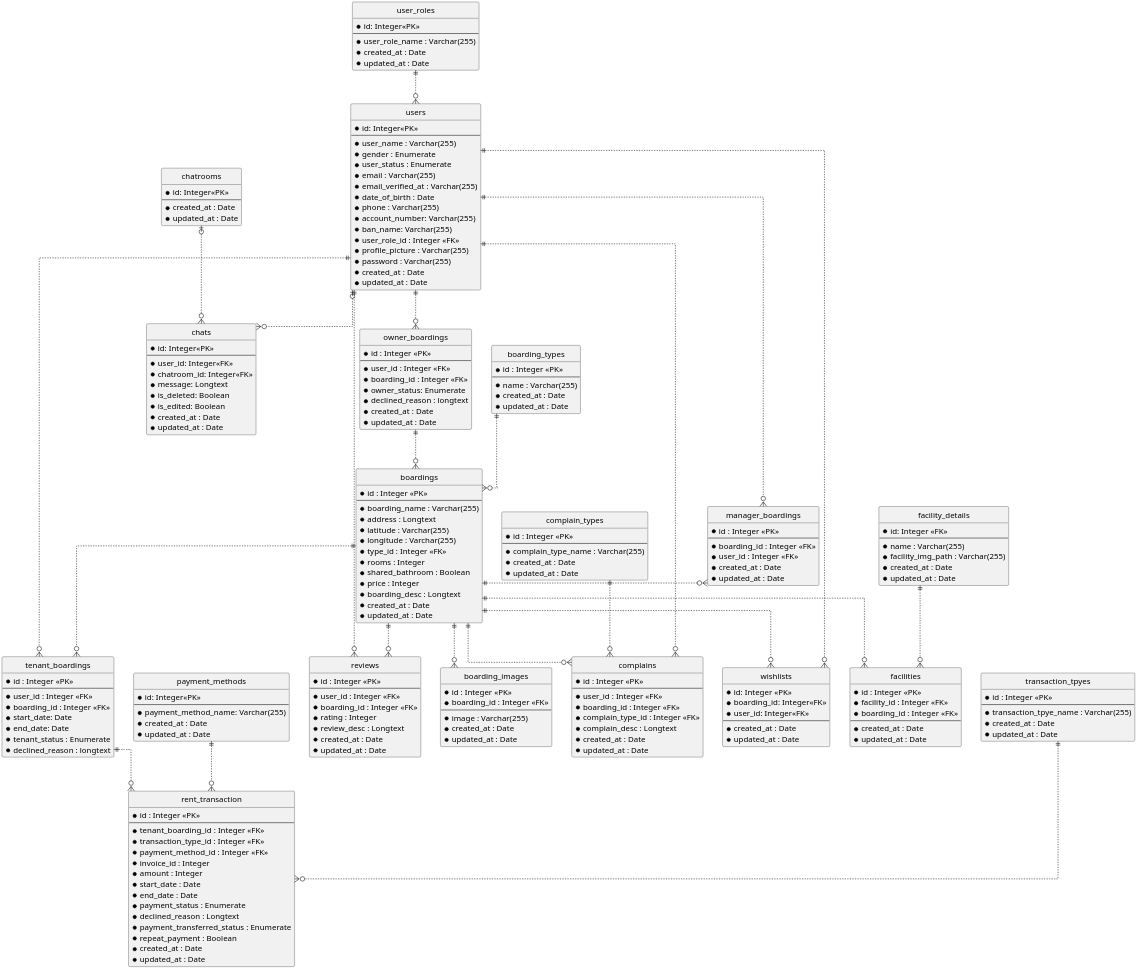
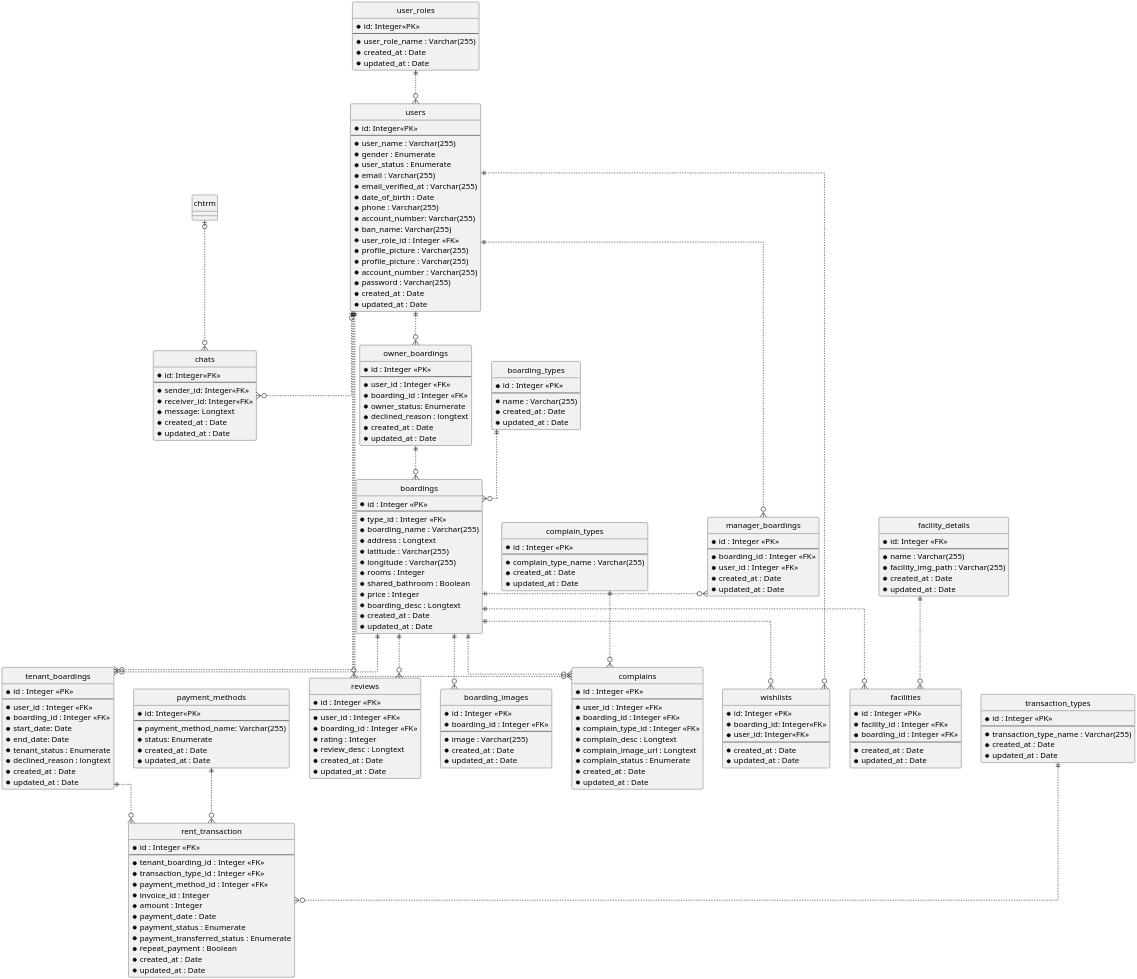
Before and after one commit to AntWort21/BHFMS: the diagram in Design/BHFMS_ERD.puml, drawn with PlantUML. The commit also changed 3 other files, not shown here.

Commit message:
Update ERD

```diff
--- a/Design/BHFMS_ERD.puml
+++ b/Design/BHFMS_ERD.puml
@@ -19,6 +19,8 @@
   *ban_name: Varchar(255)
   *user_role_id : Integer <<FK>>
   *profile_picture : Varchar(255)
+  *profile_picture : Varchar(255)
+  *account_number : Varchar(255)
   *password : Varchar(255)
   *created_at : Date
   *updated_at : Date
@@ -43,11 +45,11 @@
 entity "boardings" as bh {
   *id : Integer <<PK>>
   --
+  *type_id : Integer <<FK>>
   *boarding_name : Varchar(255)
   *address : Longtext
   *latitude : Varchar(255)
   *longitude : Varchar(255)
-  *type_id : Integer <<FK>>
   *rooms : Integer
   *shared_bathroom : Boolean
   *price : Integer
@@ -65,6 +67,8 @@
   *end_date: Date
   *tenant_status : Enumerate
   *declined_reason : longtext
+  *created_at : Date
+  *updated_at : Date
 }
 
 entity "facility_details" as fd {
@@ -103,10 +107,8 @@
   *payment_method_id : Integer <<FK>>
   *invoice_id : Integer
   *amount : Integer
-  *start_date : Date
-  *end_date : Date
+  *payment_date : Date
   *payment_status : Enumerate
-  *declined_reason : Longtext
   *payment_transferred_status : Enumerate
   *repeat_payment : Boolean
   *created_at : Date
@@ -160,6 +162,8 @@
   *boarding_id : Integer <<FK>>
   *complain_type_id : Integer <<FK>>
   *complain_desc : Longtext
+  *complain_image_url : Longtext
+  *complain_status : Enumerate
   *created_at : Date
   *updated_at : Date
 }
@@ -178,6 +182,7 @@
   *id: Integer<<PK>>
   --
   *payment_method_name: Varchar(255)
+  *status: Enumerate
   *created_at : Date
   *updated_at : Date
 }
@@ -185,26 +190,17 @@
 entity "chats" as cht {
   *id: Integer<<PK>>
   --
-  *user_id: Integer<<FK>>
-  *chatroom_id: Integer<<FK>>
+  *sender_id: Integer<<FK>>
+  *receiver_id: Integer<<FK>>
   *message: Longtext
-  *is_deleted: Boolean
-  *is_edited: Boolean
   *created_at : Date
   *updated_at : Date
 }
 
-entity "chatrooms" as chtrm {
-  *id: Integer<<PK>>
-  --
-  *created_at : Date
-  *updated_at : Date
-}
-
-entity "transaction_tpyes" as tt {
+entity "transaction_types" as tt {
   *id : Integer <<PK>>
   --
-  *transaction_tpye_name : Varchar(255)
+  *transaction_type_name : Varchar(255)
   *created_at : Date
   *updated_at : Date
 }
```
